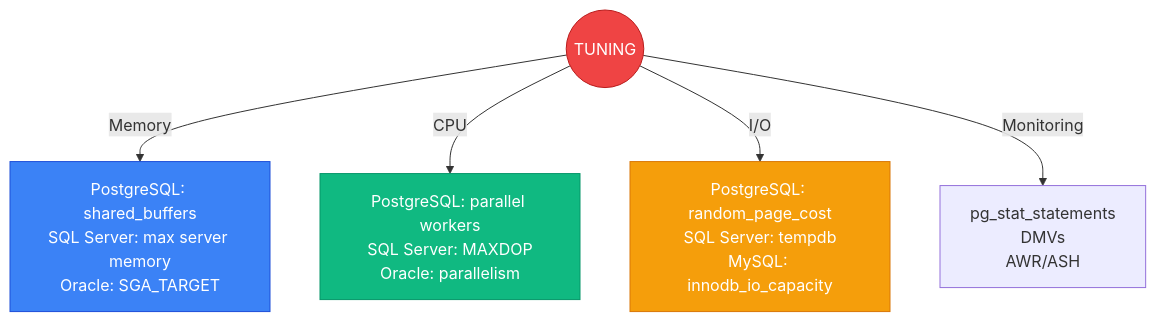
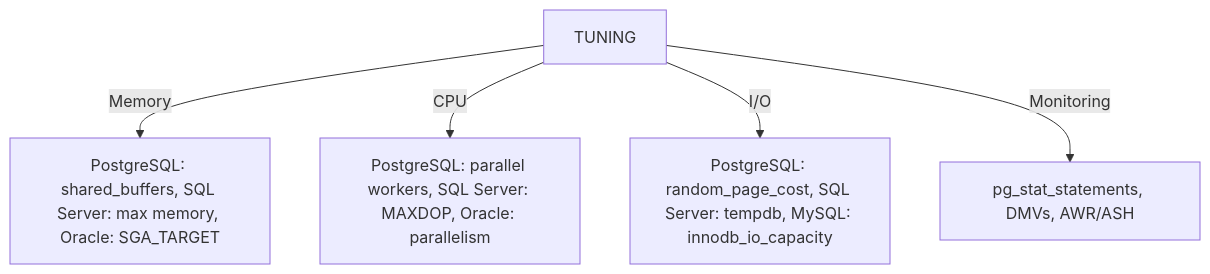
Before and after one commit to rraulherediaa/PracticasEstructurasDatos: the third of 12 diagrams in diagramas.md, drawn with Mermaid. The commit also changed other lines of this file and 1 other file, not shown here.

Commit message:
fix: simplificar diagramas Mermaid al máximo para asegurar compatibilidad total

````diff
--- a/diagramas.md
+++ b/diagramas.md
@@ -60,18 +38,9 @@
 ```mermaid
 flowchart TD
-    Tuning(("TUNING"))
+    Tuning["TUNING"]
     
-    Tuning -->|Memory| MEM["PostgreSQL: shared_buffers<br/>SQL Server: max server memory<br/>Oracle: SGA_TARGET"]
-    Tuning -->|CPU| CPU["PostgreSQL: parallel workers<br/>SQL Server: MAXDOP<br/>Oracle: parallelism"]
-    Tuning -->|I/O| IO["PostgreSQL: random_page_cost<br/>SQL Server: tempdb<br/>MySQL: innodb_io_capacity"]
-    Tuning -->|Monitoring| MON["pg_stat_statements<br/>DMVs<br/>AWR/ASH"]
-
-    classDef core fill:#ef4444,color:#fff,stroke:#b91c1c
-    classDef memory fill:#3b82f6,color:#fff,stroke:#1d4ed8
-    classDef cpu fill:#10b981,color:#fff,stroke:#059669
-    classDef io fill:#f59e0b,color:#fff,stroke:#d97706
-    class Tuning core
-    class MEM memory
-    class CPU cpu
-    class IO io
+    Tuning -->|Memory| MEM["PostgreSQL: shared_buffers, SQL Server: max memory, Oracle: SGA_TARGET"]
+    Tuning -->|CPU| CPU["PostgreSQL: parallel workers, SQL Server: MAXDOP, Oracle: parallelism"]
+    Tuning -->|I/O| IO["PostgreSQL: random_page_cost, SQL Server: tempdb, MySQL: innodb_io_capacity"]
+    Tuning -->|Monitoring| MON["pg_stat_statements, DMVs, AWR/ASH"]
 ```
````
